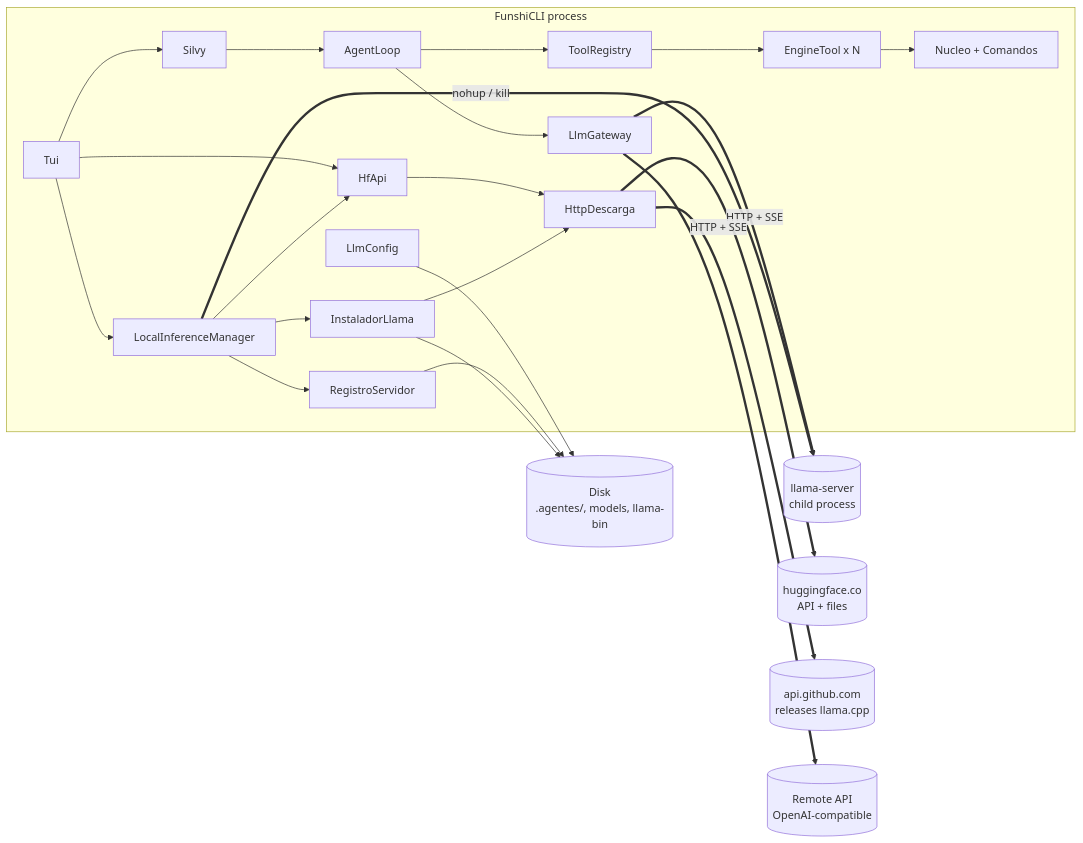
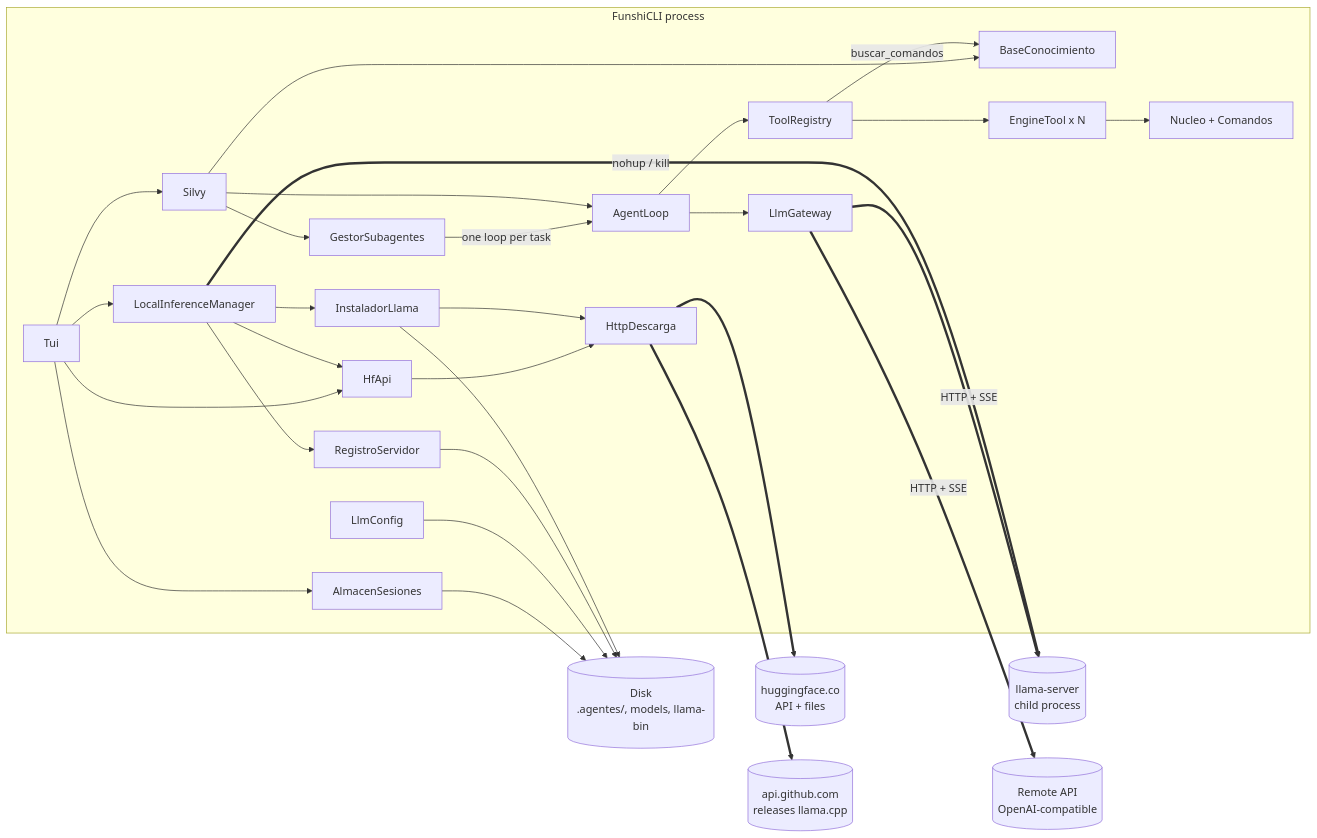
One commit to FunshiEngine/FunshiEngineCLI changed the second of 12 diagrams in doc/uml/ArquitecturaUML.eng.md. Above: the diagram before and after it, drawn with Mermaid. The commit also changed other lines of this file and 8 other files, not shown here.

First line of the commit message:
docs: sesiones, RAG, subagentes y monitoreo del agente

````diff
--- a/doc/uml/ArquitecturaUML.eng.md
+++ b/doc/uml/ArquitecturaUML.eng.md
@@ -72,46 +74,55 @@
 ```mermaid
 graph LR
     subgraph CLI [FunshiCLI process]
         TUI[Tui]
+        SES[AlmacenSesiones]
         SILVY[Silvy]
+        RAG[BaseConocimiento]
+        SUB[GestorSubagentes]
         LOOP[AgentLoop]
         REG[ToolRegistry]
         TOOLS[EngineTool x N]
         GW[LlmGateway]
         HF[HfApi]
         LIM[LocalInferenceManager]
         INST[InstaladorLlama]
         RSV[RegistroServidor]
         HTTP[HttpDescarga]
         CFG[LlmConfig]
         NUC[Nucleo + Comandos]
     end
 
     LLAMA[("llama-server<br/>child process")]
     HFAPI[("huggingface.co<br/>API + files")]
     GH[("api.github.com<br/>releases llama.cpp")]
     REMOTO[("Remote API<br/>OpenAI-compatible")]
     DISCO[("Disk<br/>.agentes/, models, llama-bin")]
 
     TUI --> SILVY
+    TUI --> SES
+    SES --> DISCO
+    SILVY --> RAG
+    SILVY --> SUB
+    SUB -->|one loop per task| LOOP
+    REG -->|buscar_comandos| RAG
     TUI --> HF
     TUI --> LIM
     SILVY --> LOOP
     LOOP --> GW
     LOOP --> REG
     REG --> TOOLS
     TOOLS --> NUC
     GW ==>|HTTP + SSE| LLAMA
     GW ==>|HTTP + SSE| REMOTO
     HF --> HTTP
     HTTP ==> HFAPI
     LIM --> INST
     LIM --> RSV
     LIM --> HF
     INST --> HTTP
     HTTP ==> GH
     LIM ==>|nohup / kill| LLAMA
     CFG --> DISCO
     RSV --> DISCO
     INST --> DISCO
 ```
````
